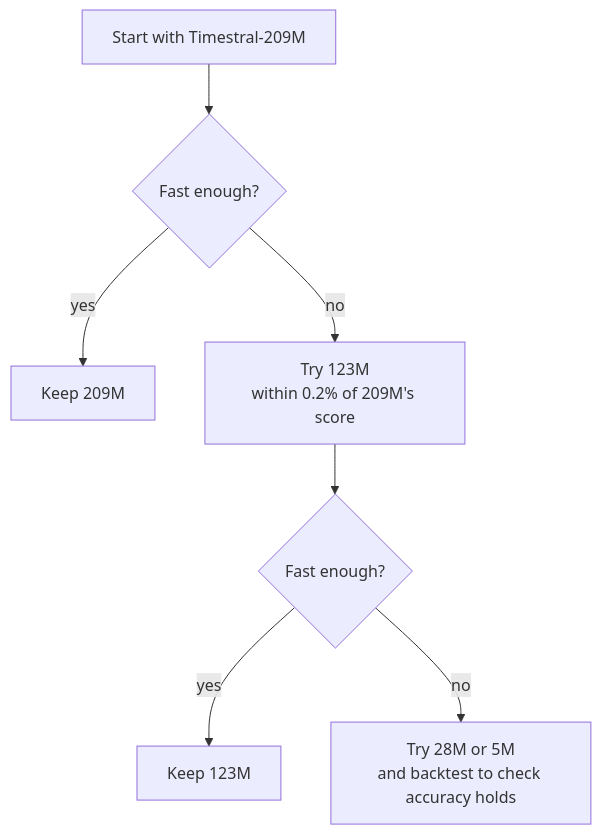
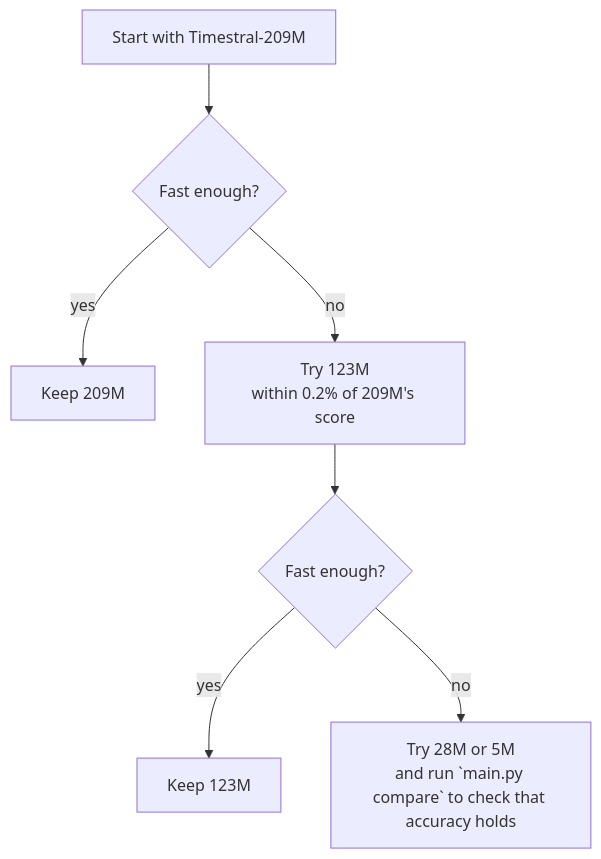
One commit to mourjo/zero-shot-forecasting changed the fourth of 5 diagrams in docs/02-capabilities.md. Above: the diagram before and after it, drawn with Mermaid. The commit also changed other lines of this file and 29 other files, not shown here.

First line of the commit message:
Compare Timestral, Chronos-2 and TimesFM 3; drop the backtest

````diff
--- a/docs/02-capabilities.md
+++ b/docs/02-capabilities.md
@@ -254,9 +254,9 @@
 ```mermaid
 flowchart TD
     A["Start with Timestral-209M"] --> B{"Fast enough?"}
     B -- "yes" --> K1["Keep 209M"]
     B -- "no" --> C["Try 123M<br/>within 0.2% of 209M's score"]
     C --> D{"Fast enough?"}
     D -- "yes" --> K2["Keep 123M"]
-    D -- "no" --> E["Try 28M or 5M<br/>and backtest to check accuracy holds"]
+    D -- "no" --> E["Try 28M or 5M<br/>and run `main.py compare` to check that accuracy holds"]
 ```
````
